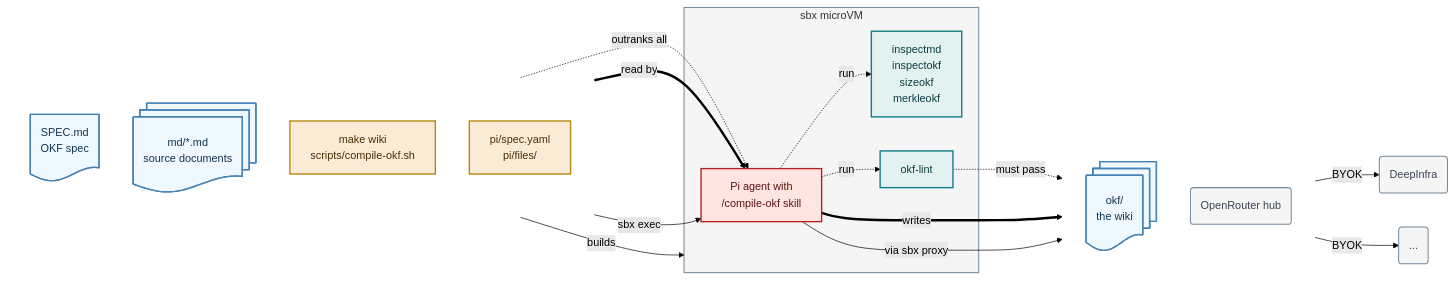
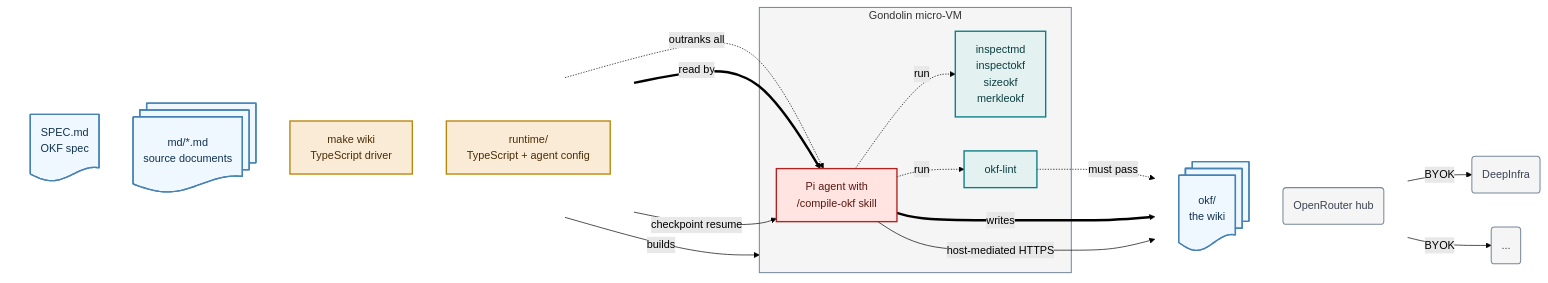
The diagram in README.md (lars20070/md2okf-gondolin), drawn with Mermaid (forest theme) before and after one commit. The commit also changed other lines of this file and 41 other files, not shown here.

````diff
--- a/README.md
+++ b/README.md
@@ -23,48 +23,48 @@
 ```mermaid
 flowchart LR
   subgraph IN[" "]
     direction TB
     SPEC@{ shape: doc, label: "SPEC.md<br/>OKF spec"}
     MD@{ shape: docs, label: "md/*.md<br/>source documents"}
-    DRV["make wiki<br/>scripts/compile-okf.sh"]
-    KIT["pi/spec.yaml<br/>pi/files/"]
+    DRV["make wiki<br/>TypeScript driver"]
+    KIT["runtime/<br/>TypeScript + agent config"]
   end
 
-  subgraph VM["sbx microVM"]
+  subgraph VM["Gondolin micro-VM"]
     PI["Pi agent with<br/>/compile-okf skill"]
     TOOLS["inspectmd<br/>inspectokf<br/>sizeokf<br/>merkleokf"]
     LINT["okf-lint"]
   end
 
   subgraph OUT[" "]
     direction TB
     OKF@{ shape: docs, label: "okf/<br/>the wiki"}
     NET("OpenRouter hub")
   end
   NET1("DeepInfra")
   NET2("...")
 
   SPEC -.->|"outranks all"| PI
   MD ==>|"read by"| PI
-  DRV -->|"sbx exec"| PI
+  DRV -->|"checkpoint resume"| PI
   KIT -->|"builds"| VM
   PI -.->|"run"| TOOLS & LINT
   LINT -.->|"must pass"| OKF
   PI ==>|"writes"| OKF
-  PI -->|"via sbx proxy"| NET
+  PI -->|"host-mediated HTTPS"| NET
   NET -->|"BYOK"| NET1 & NET2
 
   classDef data    fill:aliceblue,stroke:steelblue,stroke-width:2px,color:#10314F
   classDef host    fill:antiquewhite,stroke:darkgoldenrod,stroke-width:2px,color:#4A2E05
   classDef helper  fill:#E3F2F1,stroke:#0E7C86,stroke-width:2px,color:#0B3D40
   classDef agent   fill:mistyrose,stroke:firebrick,stroke-width:2px,color:#5A1710
   classDef ext     fill:whitesmoke,stroke:lightslategray,stroke-width:1.5px,color:#3A4250
   class MD,SPEC,OKF data
   class KIT,DRV host
   class TOOLS,LINT helper
   class PI agent
   class NET,NET1,NET2 ext
   style VM fill:whitesmoke,stroke:lightslategray,stroke-width:1.5px
   style IN fill:none,stroke:none
   style OUT fill:none,stroke:none
 ```
````
